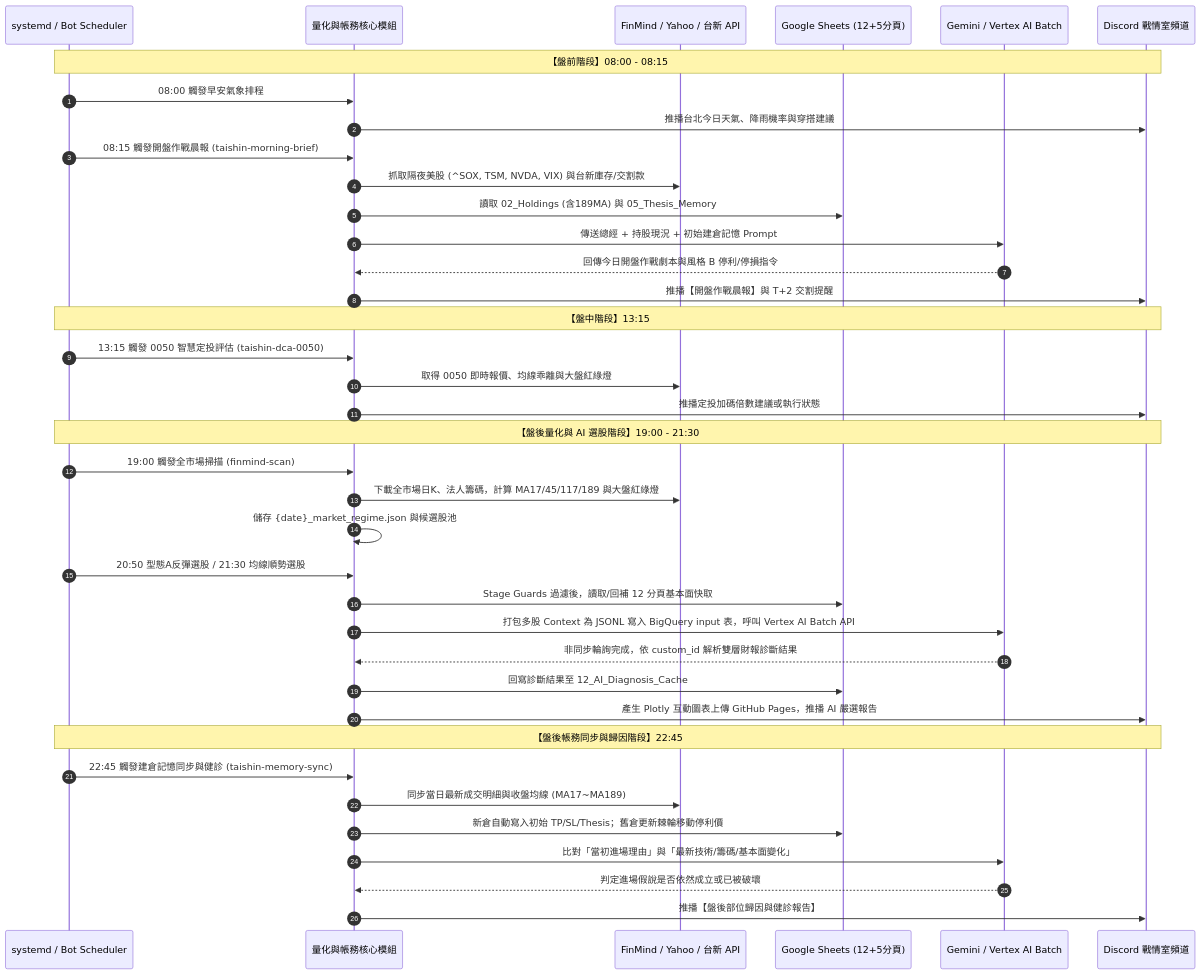
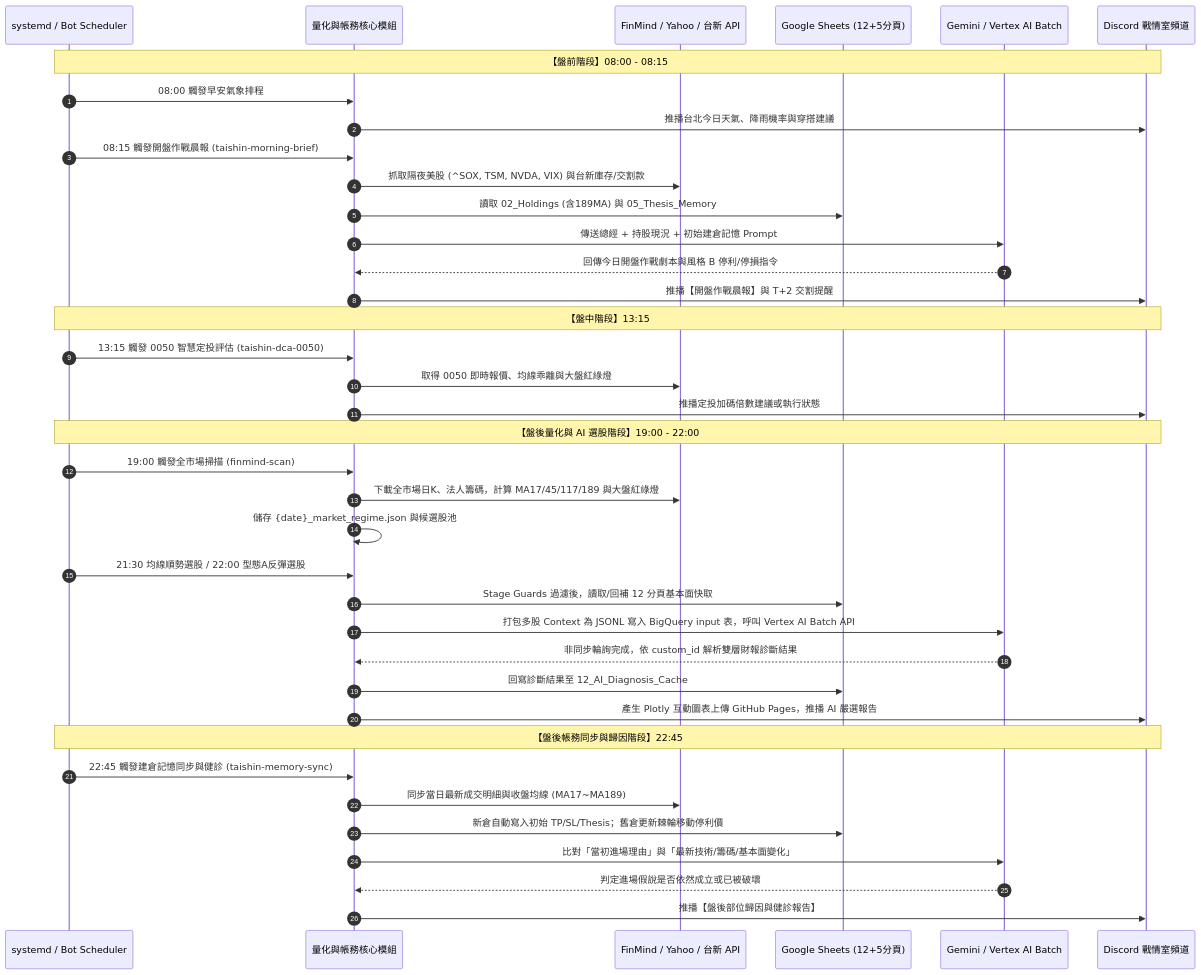
One commit to NickChung0725/Discord_Service changed the second of 3 diagrams in discord_service_sasd.md. Above: the diagram before and after it, drawn with Mermaid. The commit also changed other lines of this file and 5 other files, not shown here.

````diff
--- a/discord_service_sasd.md
+++ b/discord_service_sasd.md
@@ -196,44 +196,44 @@
 ```mermaid
 sequenceDiagram
     autonumber
     participant Timer as systemd / Bot Scheduler
     participant Core as 量化與帳務核心模組
     participant Data as FinMind / Yahoo / 台新 API
     participant Cache as Google Sheets (12+5分頁)
     participant AI as Gemini / Vertex AI Batch
     participant DC as Discord 戰情室頻道
 
     Note over Timer,DC: 【盤前階段】08:00 - 08:15
     Timer->>Core: 08:00 觸發早安氣象排程
     Core->>DC: 推播台北今日天氣、降雨機率與穿搭建議
     Timer->>Core: 08:15 觸發開盤作戰晨報 (taishin-morning-brief)
     Core->>Data: 抓取隔夜美股 (^SOX, TSM, NVDA, VIX) 與台新庫存/交割款
     Core->>Cache: 讀取 02_Holdings (含189MA) 與 05_Thesis_Memory
     Core->>AI: 傳送總經 + 持股現況 + 初始建倉記憶 Prompt
     AI-->>Core: 回傳今日開盤作戰劇本與風格 B 停利/停損指令
     Core->>DC: 推播【開盤作戰晨報】與 T+2 交割提醒
 
     Note over Timer,DC: 【盤中階段】13:15
     Timer->>Core: 13:15 觸發 0050 智慧定投評估 (taishin-dca-0050)
     Core->>Data: 取得 0050 即時報價、均線乖離與大盤紅綠燈
     Core->>DC: 推播定投加碼倍數建議或執行狀態
 
-    Note over Timer,DC: 【盤後量化與 AI 選股階段】19:00 - 21:30
+    Note over Timer,DC: 【盤後量化與 AI 選股階段】19:00 - 22:00
     Timer->>Core: 19:00 觸發全市場掃描 (finmind-scan)
     Core->>Data: 下載全市場日K、法人籌碼，計算 MA17/45/117/189 與大盤紅綠燈
     Core->>Core: 儲存 {date}_market_regime.json 與候選股池
-    Timer->>Core: 20:50 型態A反彈選股 / 21:30 均線順勢選股
+    Timer->>Core: 21:30 均線順勢選股 / 22:00 型態A反彈選股
     Core->>Cache: Stage Guards 過濾後，讀取/回補 12 分頁基本面快取
     Core->>AI: 打包多股 Context 為 JSONL 寫入 BigQuery input 表，呼叫 Vertex AI Batch API
     AI-->>Core: 非同步輪詢完成，依 custom_id 解析雙層財報診斷結果
     Core->>Cache: 回寫診斷結果至 12_AI_Diagnosis_Cache
     Core->>DC: 產生 Plotly 互動圖表上傳 GitHub Pages，推播 AI 嚴選報告
 
     Note over Timer,DC: 【盤後帳務同步與歸因階段】22:45
     Timer->>Core: 22:45 觸發建倉記憶同步與健診 (taishin-memory-sync)
     Core->>Data: 同步當日最新成交明細與收盤均線 (MA17~MA189)
     Core->>Cache: 新倉自動寫入初始 TP/SL/Thesis；舊倉更新棘輪移動停利價
     Core->>AI: 比對「當初進場理由」與「最新技術/籌碼/基本面變化」
     AI-->>Core: 判定進場假說是否依然成立或已被破壞
     Core->>DC: 推播【盤後部位歸因與健診報告】
 ```
````
